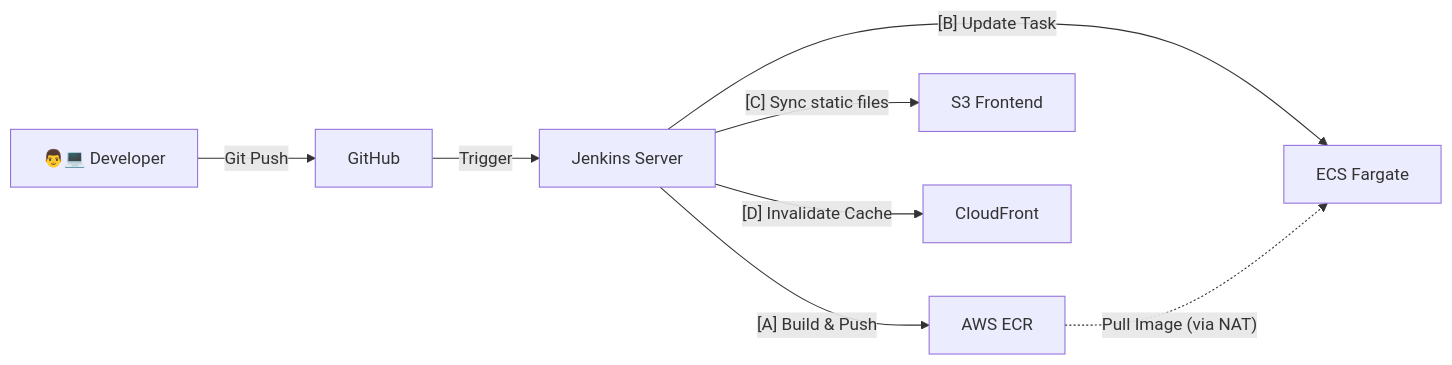
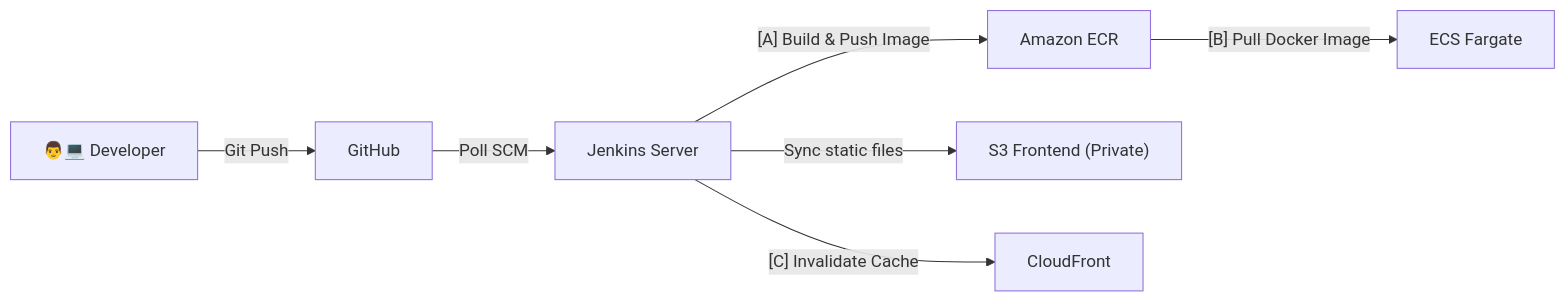
The second of 2 diagrams in content/2-Proposal/_index.md (MinhTrung0707/fcj-hugo-report), drawn with Mermaid before and after one commit. The commit also changed other lines of this file and 1 other file, not shown here.

````diff
--- a/content/2-Proposal/_index.md
+++ b/content/2-Proposal/_index.md
@@ -66,14 +81,13 @@
 ```mermaid
 flowchart LR
     Dev["👨💻 Developer"] -->|"Git Push"| GH["GitHub"]
-    GH -->|"Trigger"| Jenkins["Jenkins Server"]
+    GH -->|"Poll SCM"| Jenkins["Jenkins Server"]
     
-    %% Backend Deployment
-    Jenkins -->|"[A] Build & Push"| ECR["AWS ECR"]
-    Jenkins -->|"[B] Update Task"| ECS["ECS Fargate"]
-    ECR -.->|"Pull Image (via NAT)"| ECS
+    %% Backend Pipeline
+    Jenkins -->|"[A] Build & Push Image"| ECR["Amazon ECR"]
+    ECR -->|"[B] Pull Docker Image"| ECS["ECS Fargate"]
     
-    %% Frontend Deployment
-    Jenkins -->|"[C] Sync static files"| S3["S3 Frontend"]
-    Jenkins -->|"[D] Invalidate Cache"| CF["CloudFront"]
+    %% Frontend Pipeline
+    Jenkins -->|"Sync static files"| S3["S3 Frontend (Private)"]
+    Jenkins -->|"[C] Invalidate Cache"| CF["CloudFront"]
 ```
````
